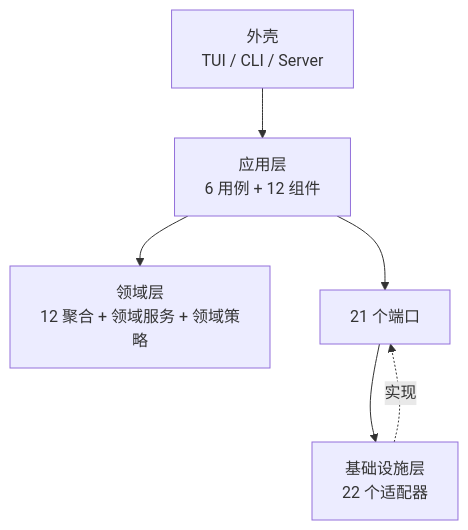
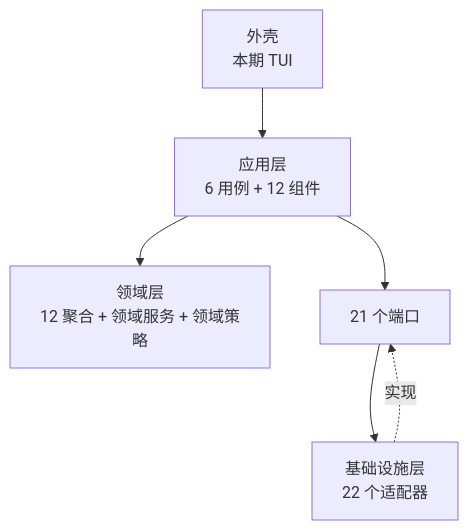
Before and after one commit to zcd0831/Jellyfish-Docs: the fourth of 4 diagrams in model/模型图.md, drawn with Mermaid. The commit also changed other lines of this file and 8 other files, not shown here.

````diff
--- a/model/模型图.md
+++ b/model/模型图.md
@@ -932,8 +932,8 @@
 ```mermaid
 flowchart TD
-    SHELL["外壳<br/>TUI / CLI / Server"] --> APP["应用层<br/>6 用例 + 12 组件"]
+    SHELL["外壳<br/>本期 TUI"] --> APP["应用层<br/>6 用例 + 12 组件"]
     APP --> DOM["领域层<br/>12 聚合 + 领域服务 + 领域策略"]
     APP --> PORTS["21 个端口"]
     PORTS --> INF["基础设施层<br/>22 个适配器"]
     INF -.实现.-> PORTS
 ```
````
